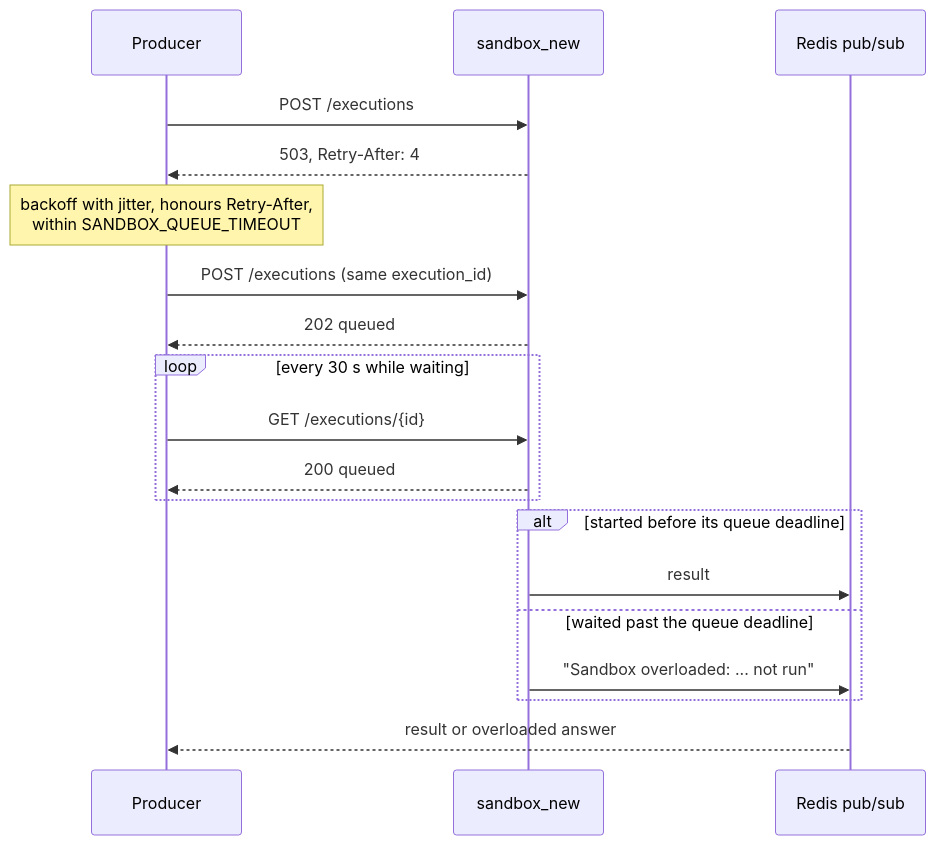
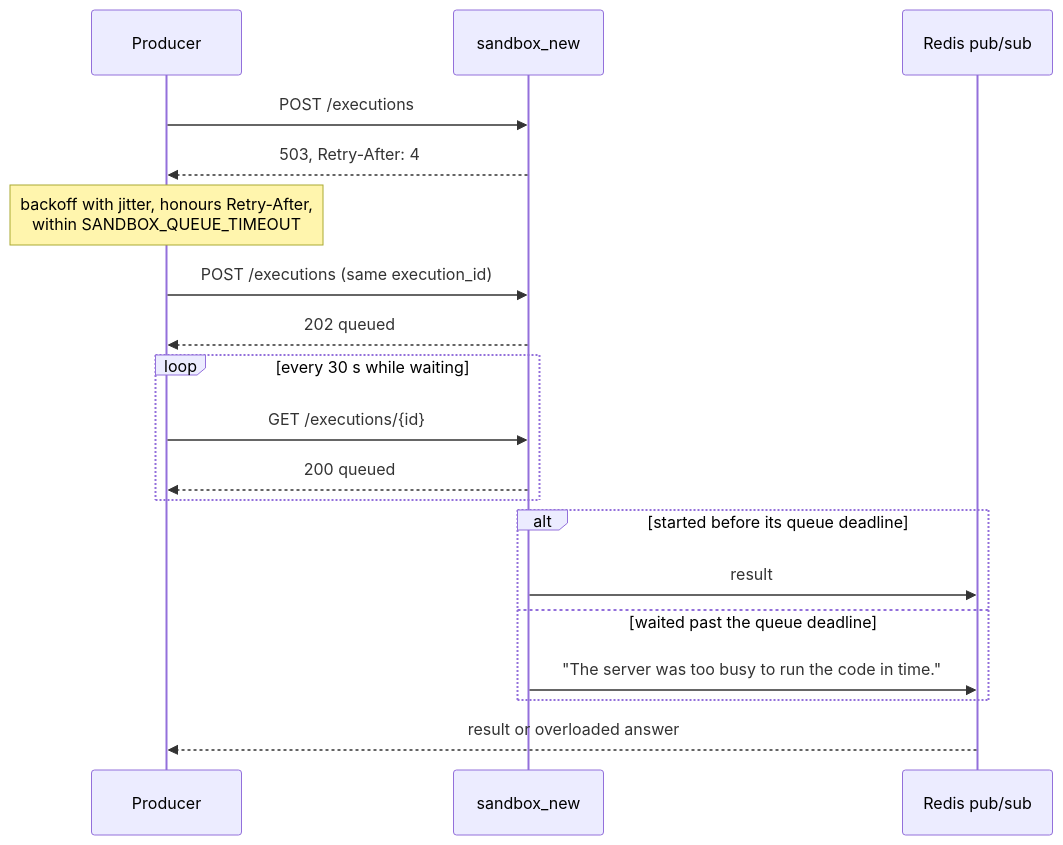
One commit to EpicStaff/EpicStaff changed the third of 4 diagrams in docs/sandbox/README.md. Above: the diagram before and after it, drawn with Mermaid. The commit also changed 39 other files, not shown here.

````diff
--- a/docs/sandbox/README.md
+++ b/docs/sandbox/README.md
@@ -77,21 +77,21 @@
 ```mermaid
 sequenceDiagram
     participant P as Producer
     participant S as sandbox_new
     participant B as Redis pub/sub
     P->>S: POST /executions
     S-->>P: 503, Retry-After: 4
     Note over P: backoff with jitter, honours Retry-After,<br/>within SANDBOX_QUEUE_TIMEOUT
     P->>S: POST /executions (same execution_id)
     S-->>P: 202 queued
     loop every 30 s while waiting
         P->>S: GET /executions/{id}
         S-->>P: 200 queued
     end
     alt started before its queue deadline
         S->>B: result
     else waited past the queue deadline
-        S->>B: "Sandbox overloaded: ... not run"
+        S->>B: "The server was too busy to run the code in time."
     end
     B-->>P: result or overloaded answer
 ```
````
